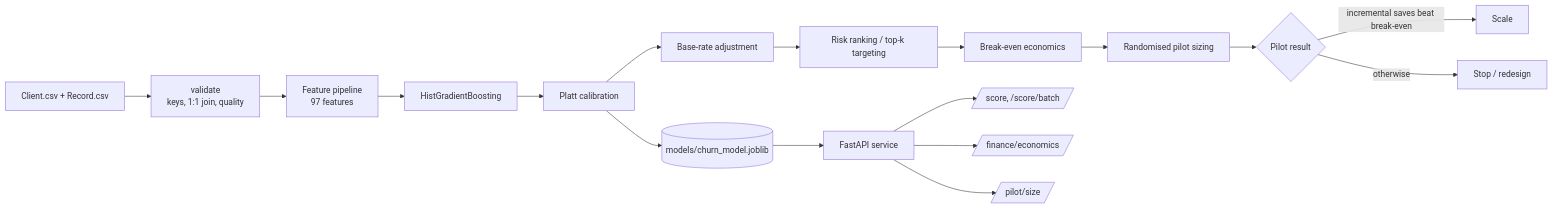
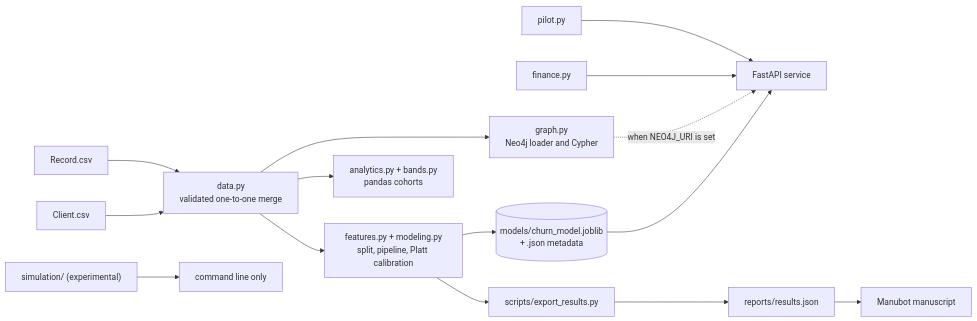
One commit to sunilnarayan419-ui/churn-handset-targeting changed the diagram in README.md. Above: the diagram before and after it, drawn with Mermaid. The commit also changed other lines of this file, not shown here.

````diff
--- a/README.md
+++ b/README.md
@@ -77,19 +83,17 @@
 ```mermaid
 flowchart LR
-    A[Client.csv + Record.csv] --> B[validate<br/>keys, 1:1 join, quality]
-    B --> C[Feature pipeline<br/>97 features]
-    C --> D[HistGradientBoosting]
-    D --> E[Platt calibration]
-    E --> F[Base-rate adjustment]
-    F --> G[Risk ranking / top-k targeting]
-    G --> H[Break-even economics]
-    H --> I[Randomised pilot sizing]
-    I --> J{Pilot result}
-    J -- incremental saves beat break-even --> K[Scale]
-    J -- otherwise --> L[Stop / redesign]
-    E --> M[(models/churn_model.joblib)]
-    M --> N[FastAPI service]
-    N --> O[/score, /score/batch/]
-    N --> P[/finance/economics/]
-    N --> Q[/pilot/size/]
+    C["Client.csv"] --> D
+    R["Record.csv"] --> D
+    D["data.py<br/>validated one-to-one merge"] --> M["features.py + modeling.py<br/>split, pipeline, Platt calibration"]
+    M --> B[("models/churn_model.joblib<br/>+ .json metadata")]
+    D --> A["analytics.py + bands.py<br/>pandas cohorts"]
+    D --> G["graph.py<br/>Neo4j loader and Cypher"]
+    B --> API["FastAPI service"]
+    G -.->|"when NEO4J_URI is set"| API
+    FIN["finance.py"] --> API
+    PIL["pilot.py"] --> API
+    M --> X["scripts/export_results.py"]
+    X --> RJ["reports/results.json"]
+    RJ --> MS["Manubot manuscript"]
+    SIM["simulation/ (experimental)"] --> CLI["command line only"]
 ```
````
